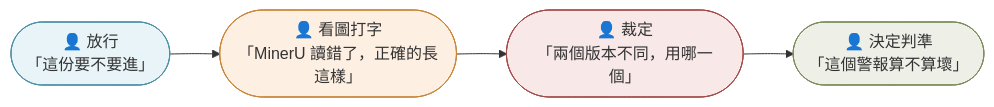
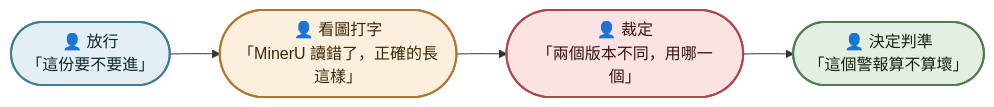
One commit to neknufelet/lightrag changed the second of 2 diagrams in cairn/pipeline.md. Above: the diagram before and after it, drawn with Mermaid. The commit also changed other lines of this file and 1 other file, not shown here.

Commit message:
fix(cairn): 圖上有底色的框在深色模式看不見 —— 補上文字顏色
PO 截圖回報：MinerU 那格與 .env 那格整片空白。

原因：我只設了 `fill`（淺色底），沒設 `color`。**mermaid 的文字顏色是跟著主題走的**
—— 深色模式把字染成白的，白字配米色底就看不見了。淺色模式下反而正常，
所以在我這邊看不出問題。

修法：改用 `classDef`，每一組都明寫 `color:` 的深色墨水。
底色是我固定的，文字顏色也固定，**兩種主題都讀得到**。

  danger  #fbe3e3 底 / #3a1114 字   不可再生又只有一份
  warn    #fdefdd 底 / #3d2708 字   要花錢
  ok      #e4efe4 底 / #12240f 字   已經兩邊都有
  free    #eceff1 底 / #1f2328 字   免費重生

順帶兩件：

一、`data-locations.md` 第一張圖的箭頭亂成一團（截圖看得出來）。
   四個外部服務改成合併成三個節點、subgraph 加 `direction TB`、
   把「同步回來」那條反向箭頭改成虛線，交叉大幅減少。

二、`pipeline.md` 的大圖原本一格底色都沒有，補上同一組顏色並加圖例：
   🔵 人要出場　🟠 這一步要花錢　🔴 **這一步會把文字刪掉**
   —— 消音那格標紅，因為那是整條管線裡唯一會讓內容消失的一步。

⚠ 我自己看不到渲染結果，只能靠 PO 回報。

Claude-Session: https://claude.ai/code/session_01WVtFKvubzh751pEi3qRVVx

````diff
--- a/cairn/pipeline.md
+++ b/cairn/pipeline.md
@@ -133,11 +142,15 @@
 ```mermaid
 flowchart LR
     A(["👤 放行<br/>「這份要不要進」"]) --> B(["👤 看圖打字<br/>「MinerU 讀錯了，正確的長這樣」"])
     B --> C(["👤 裁定<br/>「兩個版本不同，用哪一個」"])
     C --> D(["👤 決定判準<br/>「這個警報算不算壞」"])
 
-    style A fill:#e8f4f8,stroke:#4a90a4
-    style B fill:#fdf0e3,stroke:#c8853a
-    style C fill:#f8e8e8,stroke:#a44a4a
-    style D fill:#eef0e8,stroke:#7a8a5a
+    classDef human fill:#e3eef5,stroke:#3f7d99,stroke-width:2px,color:#0e2530
+    classDef handwork fill:#fdefdd,stroke:#b3762e,stroke-width:2px,color:#3d2708
+    classDef judge fill:#fbe3e3,stroke:#b3454a,stroke-width:2px,color:#3a1114
+    classDef rule fill:#e4efe4,stroke:#4f7d4f,stroke-width:2px,color:#12240f
+    class A human
+    class B handwork
+    class C judge
+    class D rule
 ```
````
